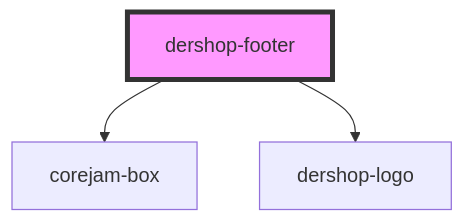
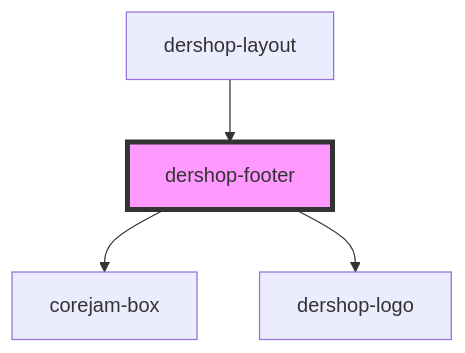
The diagram in packages/plugins/dershop/app/components/dershop-footer/readme.md (corejam/corejam), drawn with Mermaid before and after one commit. The commit also changed other lines of this file and 15 other files, not shown here.

````diff
--- a/packages/plugins/dershop/app/components/dershop-footer/readme.md
+++ b/packages/plugins/dershop/app/components/dershop-footer/readme.md
@@ -14,6 +18,7 @@
 ```mermaid
 graph TD;
   dershop-footer --> corejam-box
   dershop-footer --> dershop-logo
+  dershop-layout --> dershop-footer
   style dershop-footer fill:#f9f,stroke:#333,stroke-width:4px
 ```
````
